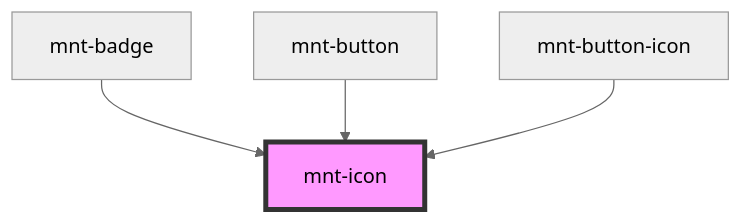
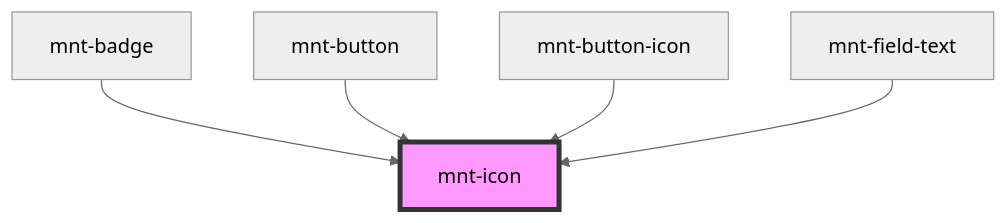
Before and after one commit to yooga-tecnologia/mantra: the diagram in src/components/icon/readme.md, drawn with Mermaid (neutral theme). The commit also changed other lines of this file and 32 other files, not shown here.

Commit message:
feat(field-text): create component

````diff
--- a/src/components/icon/readme.md
+++ b/src/components/icon/readme.md
@@ -28,7 +29,8 @@
 ```mermaid
 graph TD;
   mnt-badge --> mnt-icon
   mnt-button --> mnt-icon
   mnt-button-icon --> mnt-icon
+  mnt-field-text --> mnt-icon
   style mnt-icon fill:#f9f,stroke:#333,stroke-width:4px
 ```
````
